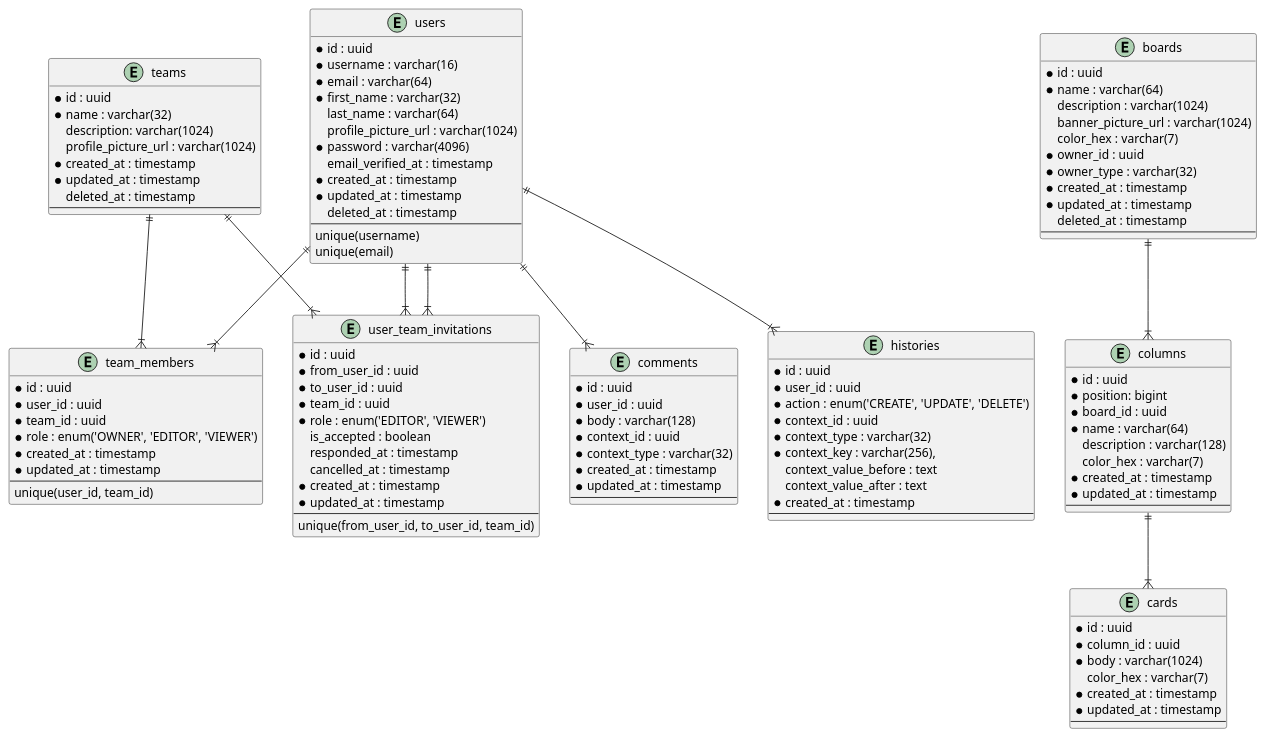
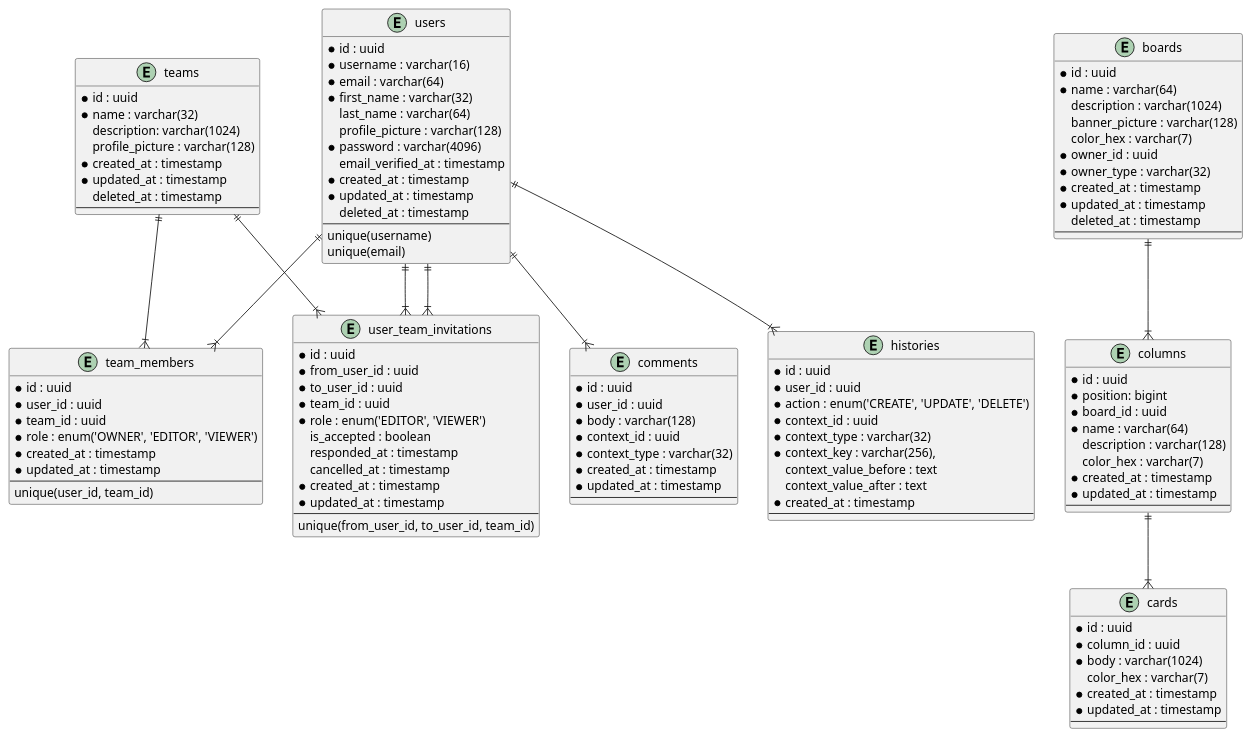
Before and after one commit to stackpan/tasque-server: the diagram in docs/database/schema.puml, drawn with PlantUML. The commit also changed 9 other files, not shown here.

Commit message:
Database schema 1.7

```diff
--- a/docs/database/schema.puml
+++ b/docs/database/schema.puml
@@ -1,127 +1,127 @@
 @startuml Tasque database schema
 
 entity users {
     * id : uuid
     * username : varchar(16)
     * email : varchar(64)
     * first_name : varchar(32)
     last_name : varchar(64)
-    profile_picture_url : varchar(1024)
+    profile_picture : varchar(128)
     * password : varchar(4096)
     email_verified_at : timestamp
     * created_at : timestamp
     * updated_at : timestamp
     deleted_at : timestamp
     --
     unique(username)
     unique(email)
 }
 
 entity teams {
     * id : uuid
     * name : varchar(32)
     description: varchar(1024)
-    profile_picture_url : varchar(1024)
+    profile_picture : varchar(128)
     * created_at : timestamp
     * updated_at : timestamp
     deleted_at : timestamp
     --
 }
 
 entity team_members {
     * id : uuid
     * user_id : uuid
     * team_id : uuid
     * role : enum('OWNER', 'EDITOR', 'VIEWER')
     * created_at : timestamp
     * updated_at : timestamp
     --
     unique(user_id, team_id)
 }
 
 entity user_team_invitations {
     * id : uuid
     * from_user_id : uuid
     * to_user_id : uuid
     * team_id : uuid
     * role : enum('EDITOR', 'VIEWER')
     is_accepted : boolean
     responded_at : timestamp
     cancelled_at : timestamp
     * created_at : timestamp
     * updated_at : timestamp
     --
     unique(from_user_id, to_user_id, team_id)
 }
 
 entity boards {
     * id : uuid
     * name : varchar(64)
     description : varchar(1024)
-    banner_picture_url : varchar(1024)
+    banner_picture : varchar(128)
     color_hex : varchar(7)
     * owner_id : uuid
     * owner_type : varchar(32)
     * created_at : timestamp
     * updated_at : timestamp
     deleted_at : timestamp
     --
 }
 
 entity columns {
     * id : uuid
     * position: bigint
     * board_id : uuid
     * name : varchar(64)
     description : varchar(128)
     color_hex : varchar(7)
     * created_at : timestamp
     * updated_at : timestamp
     --
 }
 
 entity cards {
     * id : uuid
     * column_id : uuid
     * body : varchar(1024)
     color_hex : varchar(7)
     * created_at : timestamp
     * updated_at : timestamp
     --
 }
 
 entity comments {
     * id : uuid
     * user_id : uuid
     * body : varchar(128)
     * context_id : uuid
     * context_type : varchar(32)
     * created_at : timestamp
     * updated_at : timestamp
     --
 }
 
 entity histories {
     * id : uuid
     * user_id : uuid
     * action : enum('CREATE', 'UPDATE', 'DELETE')
     * context_id : uuid
     * context_type : varchar(32)
     * context_key : varchar(256),
     context_value_before : text
     context_value_after : text
     * created_at : timestamp
     --
 }
 
 users ||--|{ team_members
 teams ||--|{ team_members
 users ||--|{ user_team_invitations
 users ||--|{ user_team_invitations
 teams ||--|{ user_team_invitations
 boards ||--|{ columns
 columns ||--|{ cards
 users ||--|{ comments
 users ||--|{ histories
 
 @enduml
```
